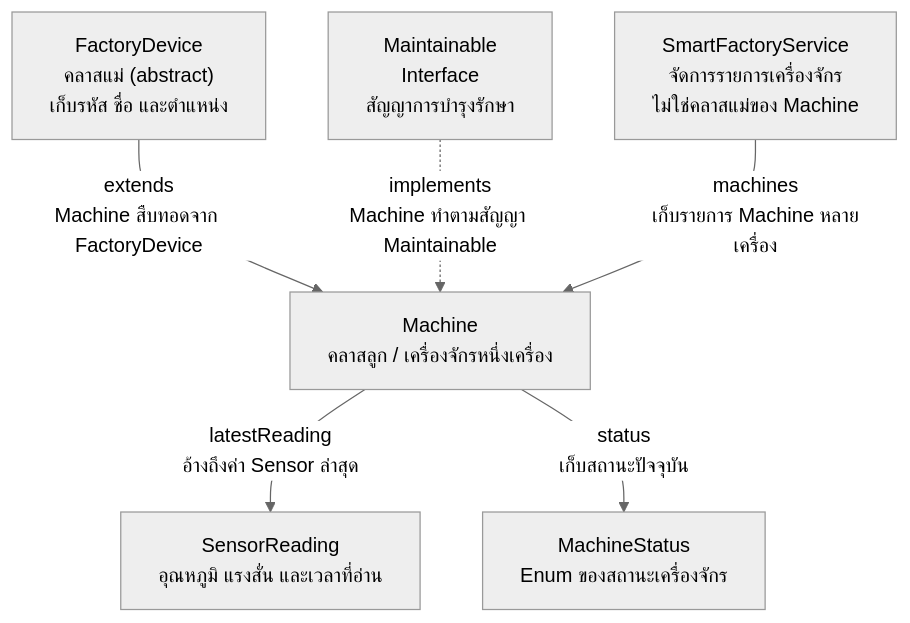
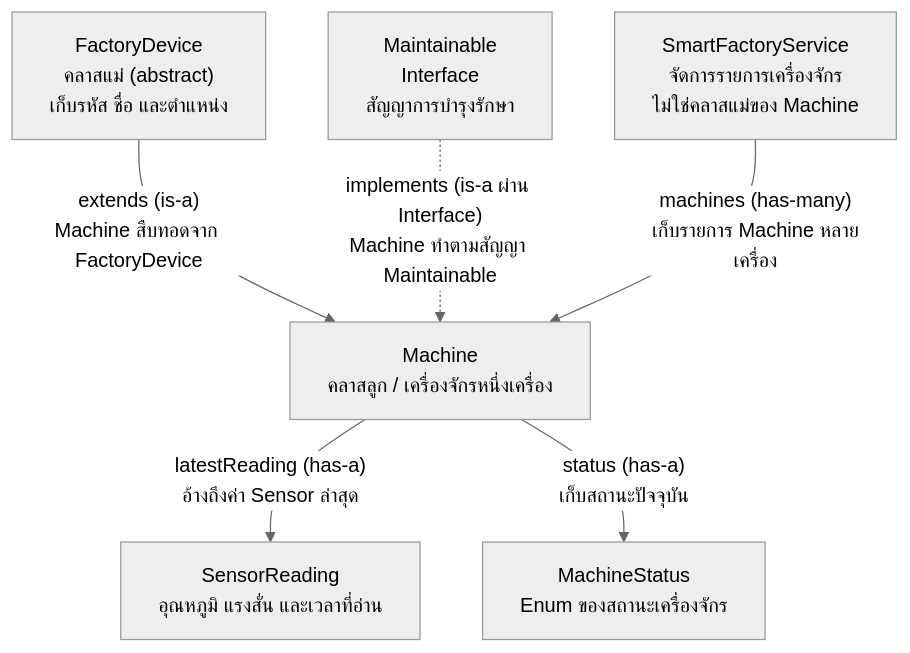
The diagram in docs/playlist-03-java-desktop/ep09-preparation.md (KOPE-SOLUTION/java-smart-solutions), drawn with Mermaid (neutral theme) before and after one commit. The commit also changed other lines of this file, not shown here.

Commit message:
docs(javafx): label OOP relationship types in EP3.9 diagram

````diff
--- a/docs/playlist-03-java-desktop/ep09-preparation.md
+++ b/docs/playlist-03-java-desktop/ep09-preparation.md
@@ -426,15 +426,15 @@
 ```mermaid
 flowchart TB
     F["FactoryDevice<br/>คลาสแม่ (abstract)<br/>เก็บรหัส ชื่อ และตำแหน่ง"]
     I["Maintainable<br/>Interface<br/>สัญญาการบำรุงรักษา"]
     S["SmartFactoryService<br/>จัดการรายการเครื่องจักร<br/>ไม่ใช่คลาสแม่ของ Machine"]
     M["Machine<br/>คลาสลูก / เครื่องจักรหนึ่งเครื่อง"]
     R["SensorReading<br/>อุณหภูมิ แรงสั่น และเวลาที่อ่าน"]
     T["MachineStatus<br/>Enum ของสถานะเครื่องจักร"]
 
-    F -->|"extends<br/>Machine สืบทอดจาก FactoryDevice"| M
-    I -.->|"implements<br/>Machine ทำตามสัญญา Maintainable"| M
-    S -->|"machines<br/>เก็บรายการ Machine หลายเครื่อง"| M
-    M -->|"latestReading<br/>อ้างถึงค่า Sensor ล่าสุด"| R
-    M -->|"status<br/>เก็บสถานะปัจจุบัน"| T
+    F -->|"extends (is-a)<br/>Machine สืบทอดจาก FactoryDevice"| M
+    I -.->|"implements (is-a ผ่าน Interface)<br/>Machine ทำตามสัญญา Maintainable"| M
+    S -->|"machines (has-many)<br/>เก็บรายการ Machine หลายเครื่อง"| M
+    M -->|"latestReading (has-a)<br/>อ้างถึงค่า Sensor ล่าสุด"| R
+    M -->|"status (has-a)<br/>เก็บสถานะปัจจุบัน"| T
 ```
````
